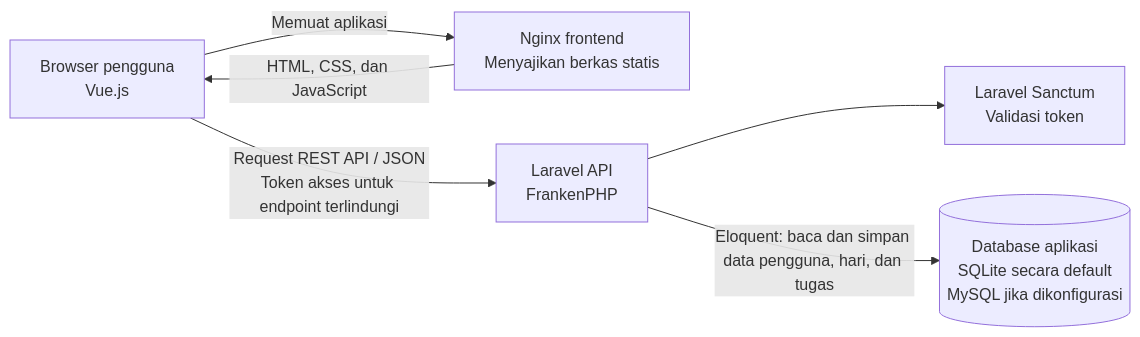
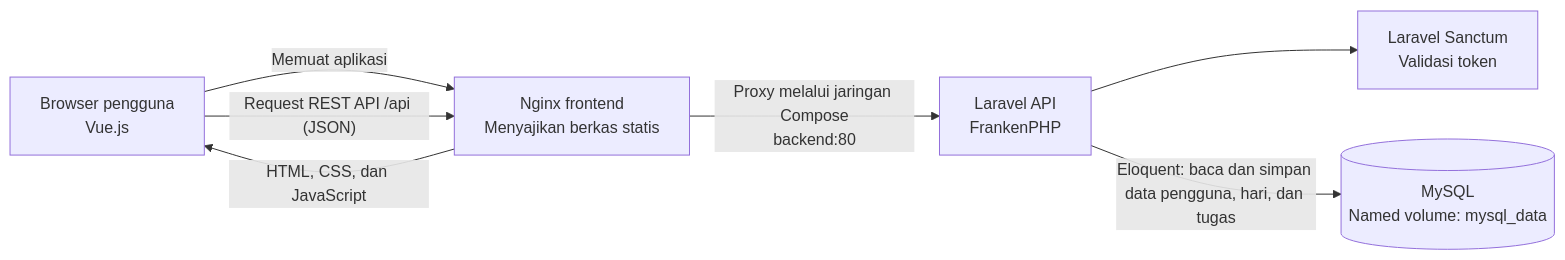
One commit to antoniodave18/UTS-KEPL changed the diagram in docs/ARSITEKTUR-SISTEM.md. Above: the diagram before and after it, drawn with Mermaid. The commit also changed other lines of this file and 5 other files, not shown here.

````diff
--- a/docs/ARSITEKTUR-SISTEM.md
+++ b/docs/ARSITEKTUR-SISTEM.md
@@ -8,14 +8,15 @@
 ```mermaid
 flowchart LR
     Browser["Browser pengguna<br/>Vue.js"]
     Nginx["Nginx frontend<br/>Menyajikan berkas statis"]
     API["Laravel API<br/>FrankenPHP"]
     Auth["Laravel Sanctum<br/>Validasi token"]
-    DB[("Database aplikasi<br/>SQLite secara default<br/>MySQL jika dikonfigurasi")]
+    DB[("MySQL<br/>Named volume: mysql_data")]
 
     Browser -->|"Memuat aplikasi"| Nginx
     Nginx -->|"HTML, CSS, dan JavaScript"| Browser
-    Browser -->|"Request REST API / JSON<br/>Token akses untuk endpoint terlindungi"| API
+    Browser -->|"Request REST API /api (JSON)"| Nginx
+    Nginx -->|"Proxy melalui jaringan Compose<br/>backend:80"| API
     API --> Auth
     API -->|"Eloquent: baca dan simpan data pengguna, hari, dan tugas"| DB
 ```
````
